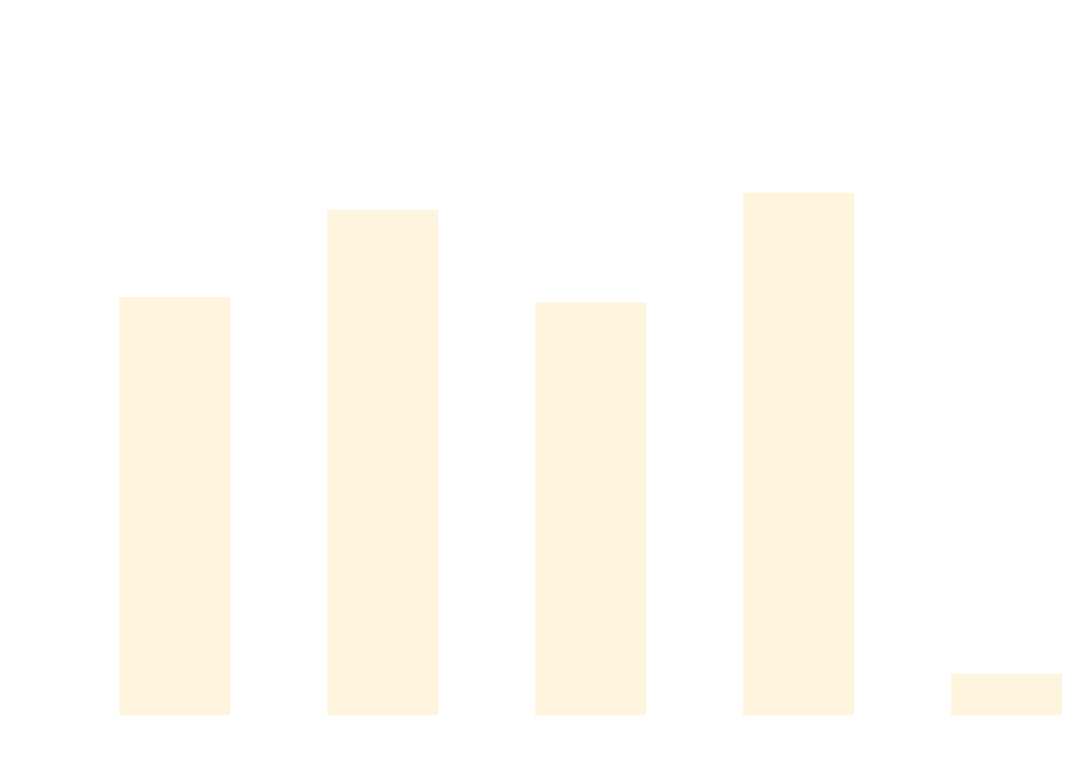
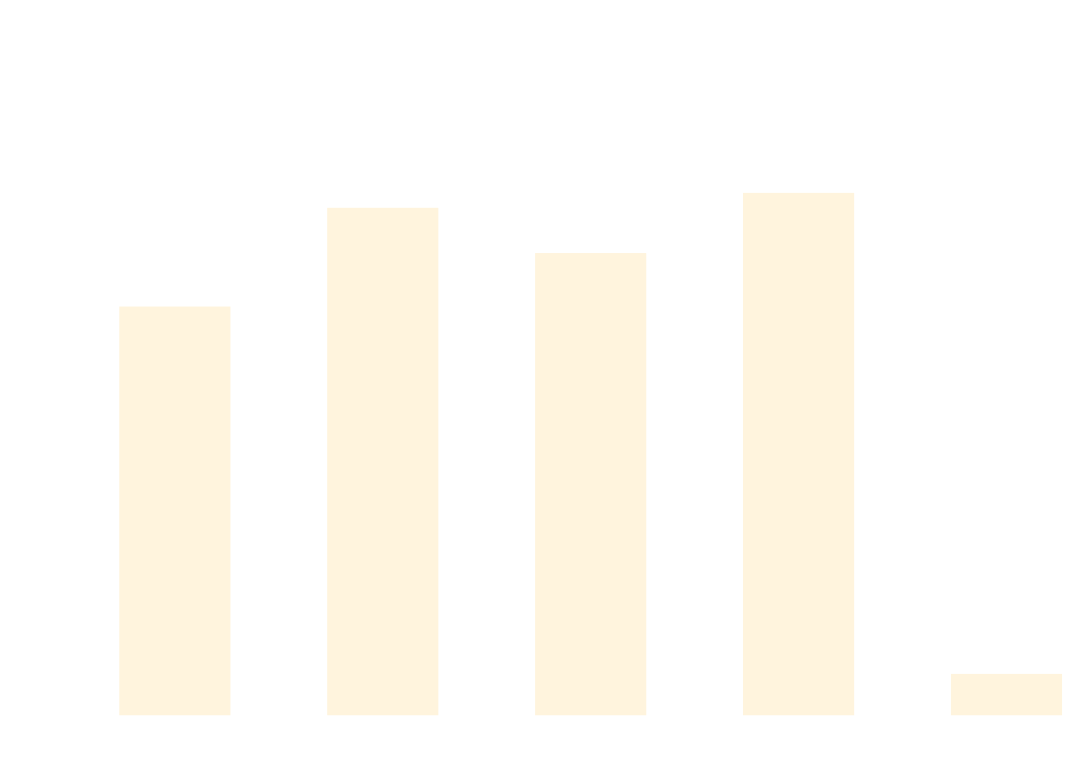
One commit to thomhurst/TUnit changed the diagram in docs/docs/benchmarks/ScaleTests.md. Above: the diagram before and after it, drawn with Mermaid. The commit also changed other lines of this file and 17 other files, not shown here.

````diff
--- a/docs/docs/benchmarks/ScaleTests.md
+++ b/docs/docs/benchmarks/ScaleTests.md
@@ -27,37 +27,37 @@
 ```mermaid
 %%{init: {
   'theme':'base',
   'themeVariables': {
     'primaryColor': '#2563eb',
     'primaryTextColor': '#ffffff',
     'primaryBorderColor': '#1e40af',
     'lineColor': '#6b7280',
     'secondaryColor': '#7c3aed',
     'tertiaryColor': '#dc2626',
     'background': '#ffffff',
     'mainBkg': '#2563eb',
     'secondBkg': '#7c3aed',
     'tertiaryBkg': '#dc2626',
     'clusterBkg': '#f3f4f6',
     'edgeLabelBackground': '#ffffff',
     'tertiaryTextColor': '#1f2937',
     'pie1': '#2563eb',
     'pie2': '#7c3aed',
     'pie3': '#dc2626',
     'pie4': '#f59e0b',
     'pie5': '#10b981',
     'pie6': '#06b6d4',
     'pie7': '#ec4899',
     'pie8': '#6366f1',
     'pie9': '#84cc16',
     'pie10': '#f97316',
     'pie11': '#14b8a6',
     'pie12': '#a855f7'
   }
 }}%%
 xychart-beta
   title "ScaleTests Performance Comparison"
   x-axis ["TUnit", "NUnit", "MSTest", "xUnit3", "TUnit_AOT"]
-  y-axis "Time (ms)" 0 --> 710
-  bar [470.55, 571.26, 464.29, 591.13, 34.43]
+  y-axis "Time (ms)" 0 --> 739
+  bar [478.18, 597.11, 542.6, 615.09, 35.65]
 ```
````
